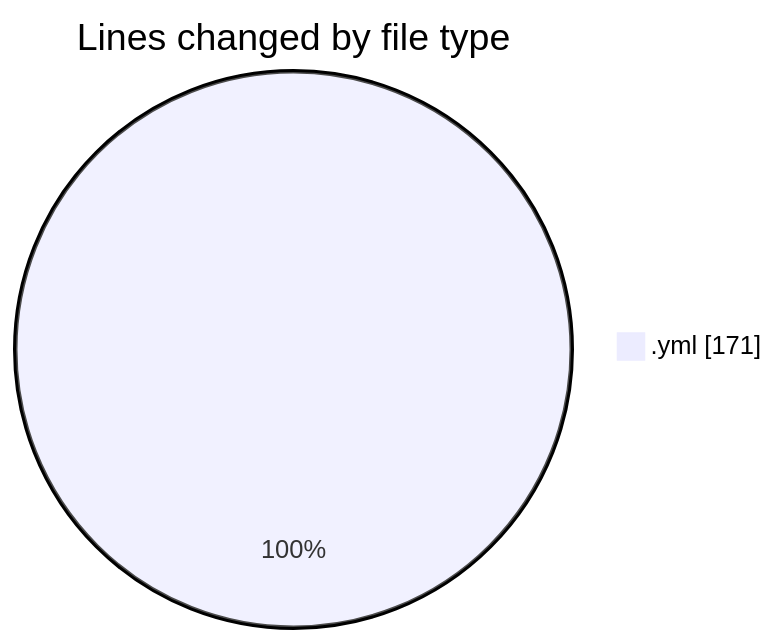
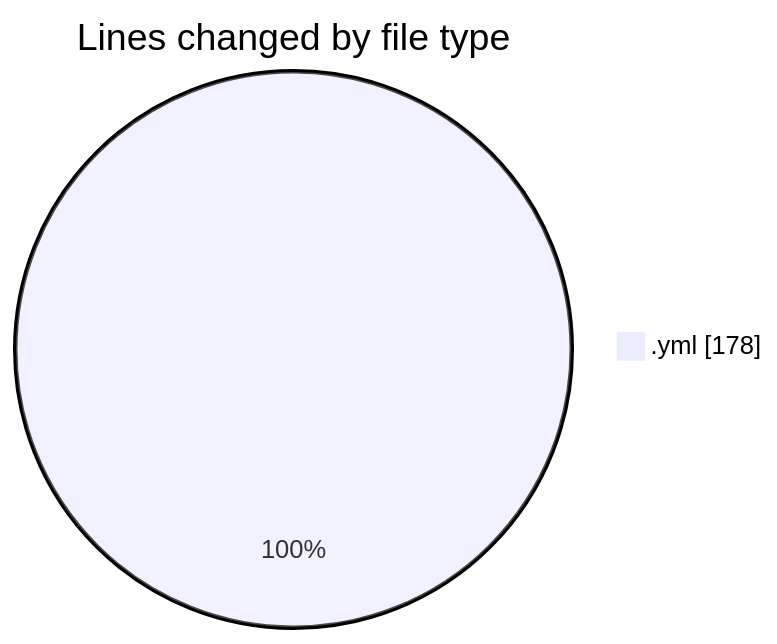
One commit to Netris89/code-tracking changed the first of 2 diagrams in 2025-04-23/back-end/README.md. Above: the diagram before and after it, drawn with Mermaid. The commit also changed other lines of this file and 1 other file, not shown here.

````diff
--- a/2025-04-23/back-end/README.md
+++ b/2025-04-23/back-end/README.md
@@ -22,5 +22,5 @@
 ```mermaid
 pie showData
 title Lines changed by file type
-".yml" : 171
+".yml" : 178
 ```
````
